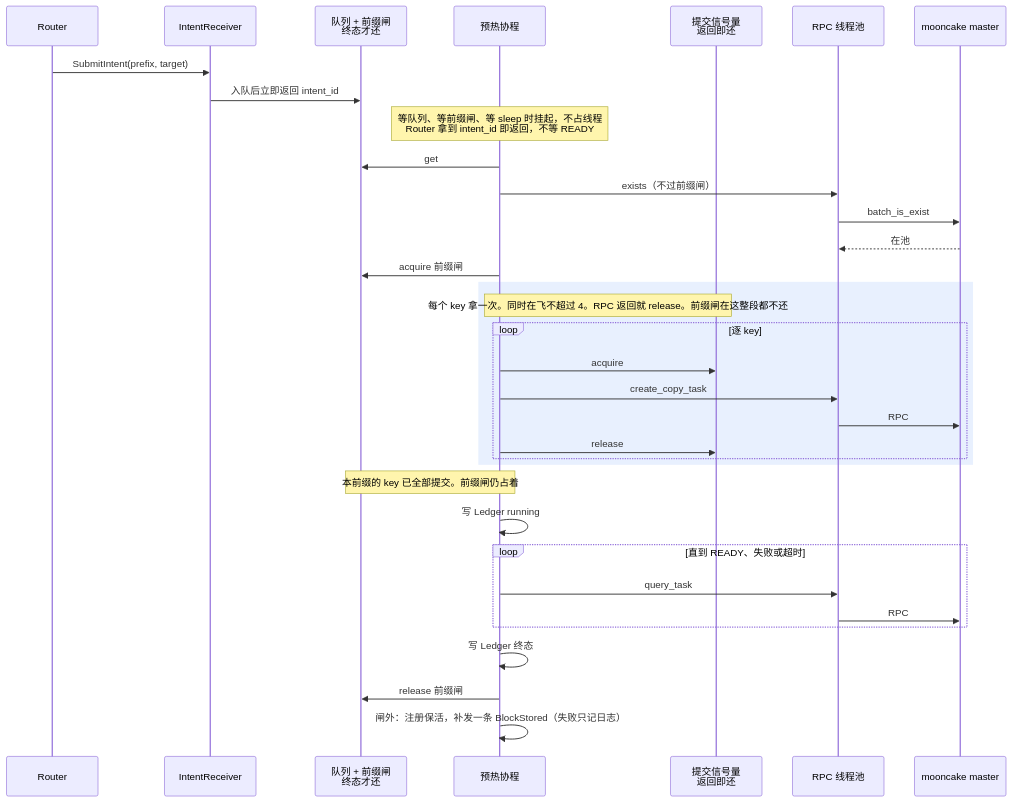
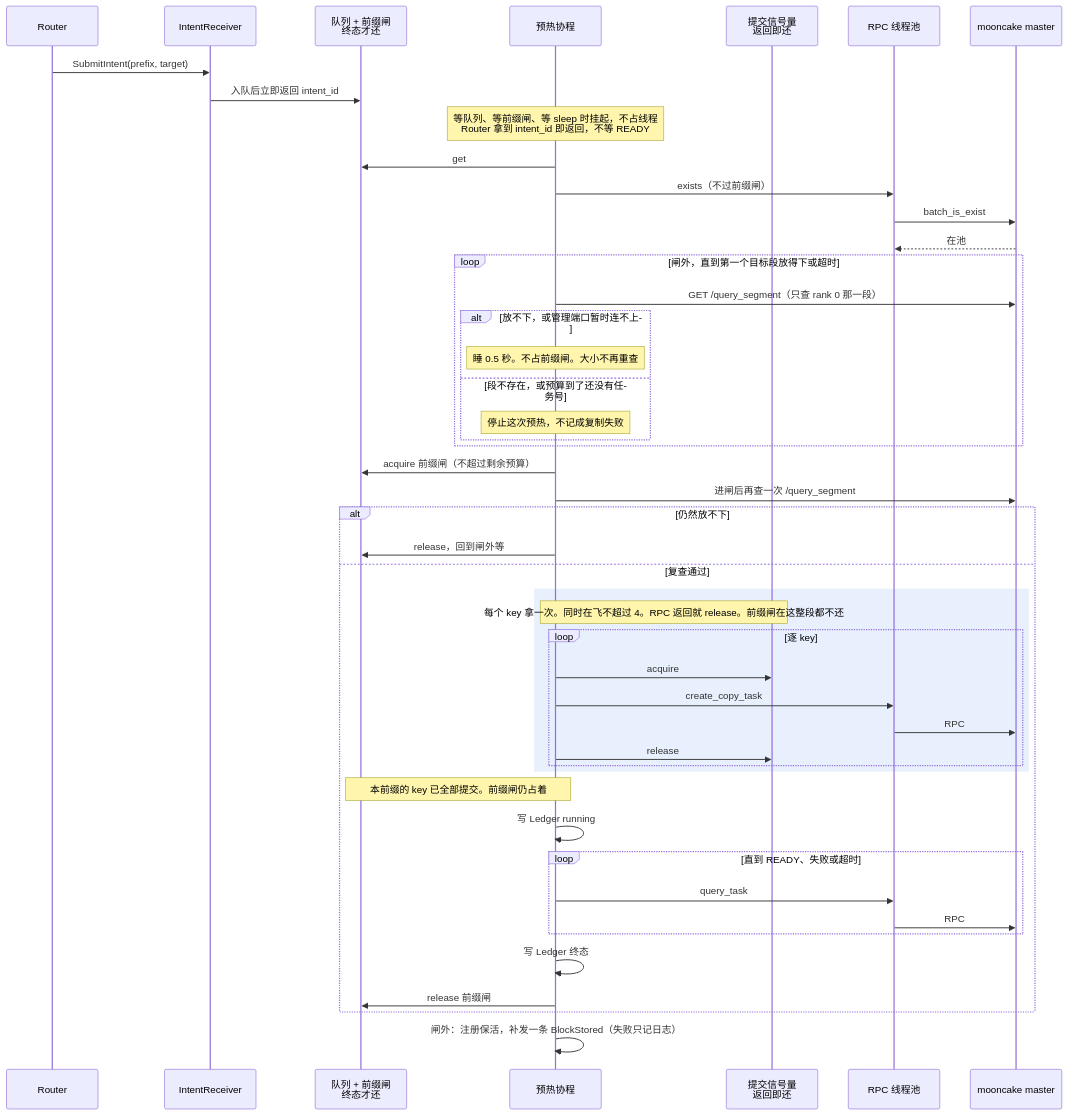
One commit to 5x8-40/lake changed the seventh of 7 diagrams in kvcm/design/code-architecture.md. Above: the diagram before and after it, drawn with Mermaid. The commit also changed other lines of this file and 5 other files, not shown here.

````diff
--- a/kvcm/design/code-architecture.md
+++ b/kvcm/design/code-architecture.md
@@ -442,37 +442,50 @@
 ```mermaid
 sequenceDiagram
     participant R as Router
     participant Recv as IntentReceiver
     participant Q as 队列 + 前缀闸<br/>终态才还
     participant W as 预热协程
     participant S as 提交信号量<br/>返回即还
     participant Ex as RPC 线程池
     participant M as mooncake master
 
     R->>Recv: SubmitIntent(prefix, target)
     Recv->>Q: 入队后立即返回 intent_id
     Note over W: 等队列、等前缀闸、等 sleep 时挂起，不占线程<br/>Router 拿到 intent_id 即返回，不等 READY
     W->>Q: get
     W->>Ex: exists（不过前缀闸）
     Ex->>M: batch_is_exist
     M-->>Ex: 在池
-    W->>Q: acquire 前缀闸
+    loop 闸外，直到第一个目标段放得下或超时
+        W->>M: GET /query_segment（只查 rank 0 那一段）
+        alt 放不下，或管理端口暂时连不上
+            Note over W: 睡 0.5 秒。不占前缀闸。大小不再重查
+        else 段不存在，或预算到了还没有任务号
+            Note over W: 停止这次预热，不记成复制失败
+        end
+    end
+    W->>Q: acquire 前缀闸（不超过剩余预算）
+    W->>M: 进闸后再查一次 /query_segment
+    alt 仍然放不下
+        W->>Q: release，回到闸外等
+    else 复查通过
     rect rgb(232, 240, 254)
         Note over W,S: 每个 key 拿一次。同时在飞不超过 4。RPC 返回就 release。前缀闸在这整段都不还
         loop 逐 key
             W->>S: acquire
             W->>Ex: create_copy_task
             Ex->>M: RPC
             W->>S: release
         end
     end
     Note over W,Q: 本前缀的 key 已全部提交。前缀闸仍占着
     W->>W: 写 Ledger running
     loop 直到 READY、失败或超时
         W->>Ex: query_task
         Ex->>M: RPC
     end
     W->>W: 写 Ledger 终态
     W->>Q: release 前缀闸
+    end
     W->>W: 闸外：注册保活，补发一条 BlockStored（失败只记日志）
 ```
````
